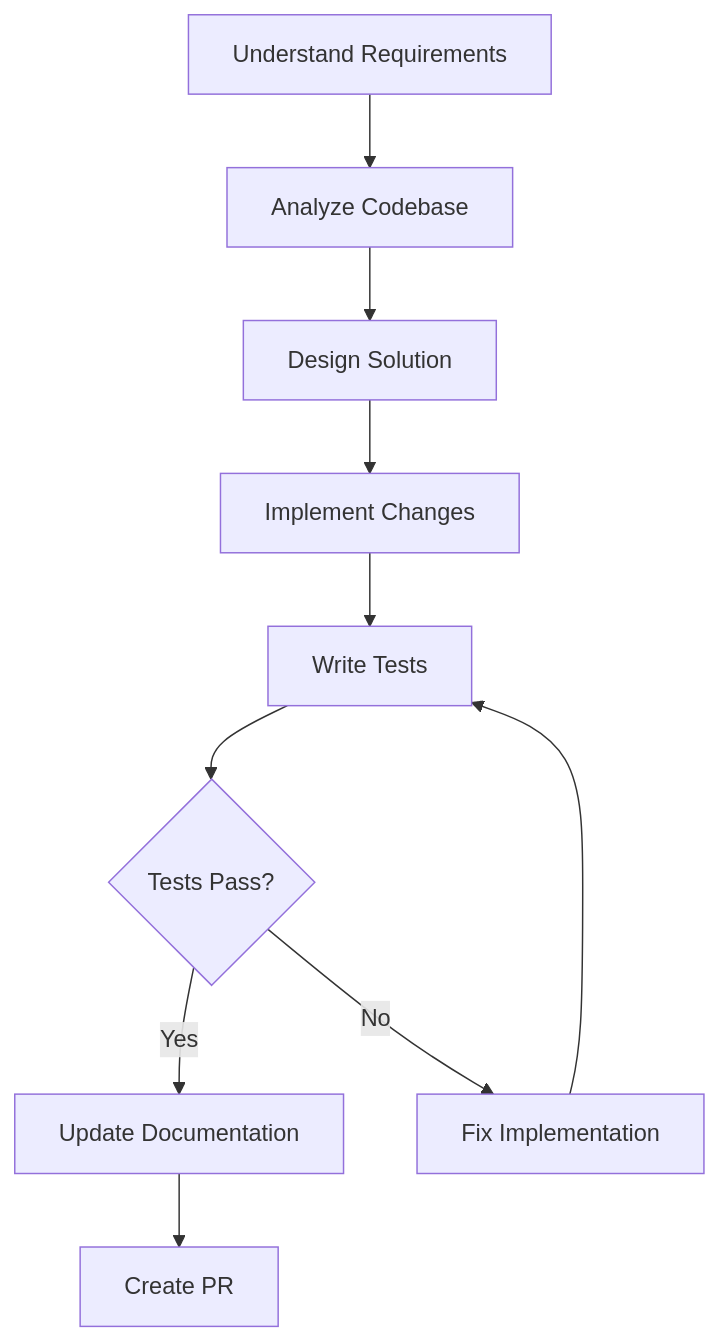
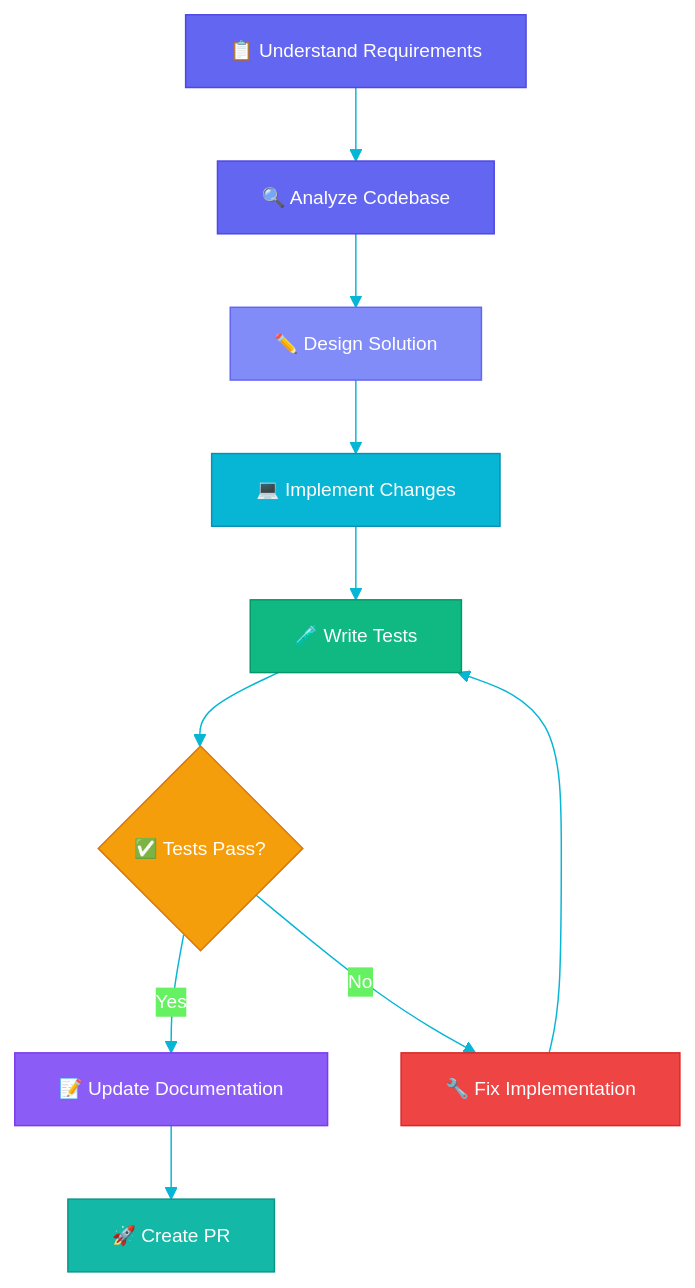
One commit to JohannesRabauer/gh-600-preparation changed the sixth of 12 diagrams in docs/study_notes.md. Above: the diagram before and after it, drawn with Mermaid. The commit also changed other lines of this file and 5 other files, not shown here.

First line of the commit message:
feat: add colorful animated diagrams and pictograms across study material

````diff
--- a/docs/study_notes.md
+++ b/docs/study_notes.md
@@ -545,12 +577,22 @@
 ```mermaid
+%%{init: {'theme': 'base', 'themeVariables': {'primaryColor': '#6366f1', 'primaryTextColor': '#fff', 'lineColor': '#06b6d4', 'fontSize': '13px'}}}%%
 graph TD
-    A[Understand Requirements] --> B[Analyze Codebase]
-    B --> C[Design Solution]
-    C --> D[Implement Changes]
-    D --> E[Write Tests]
-    E --> F{Tests Pass?}
-    F -->|Yes| G[Update Documentation]
-    F -->|No| H[Fix Implementation]
+    A[📋 Understand Requirements]:::plan --> B[🔍 Analyze Codebase]:::plan
+    B --> C[✏️ Design Solution]:::design
+    C --> D[💻 Implement Changes]:::code
+    D --> E[🧪 Write Tests]:::test
+    E --> F{✅ Tests Pass?}:::check
+    F -->|Yes| G[📝 Update Documentation]:::docs
+    F -->|No| H[🔧 Fix Implementation]:::fix
     H --> E
-    G --> I[Create PR]
+    G --> I[🚀 Create PR]:::deploy
+
+    classDef plan fill:#6366f1,stroke:#4f46e5,color:#fff
+    classDef design fill:#818cf8,stroke:#6366f1,color:#fff
+    classDef code fill:#06b6d4,stroke:#0891b2,color:#fff
+    classDef test fill:#10b981,stroke:#059669,color:#fff
+    classDef check fill:#f59e0b,stroke:#d97706,color:#fff
+    classDef docs fill:#8b5cf6,stroke:#7c3aed,color:#fff
+    classDef fix fill:#ef4444,stroke:#dc2626,color:#fff
+    classDef deploy fill:#14b8a6,stroke:#0d9488,color:#fff
 ```
````
